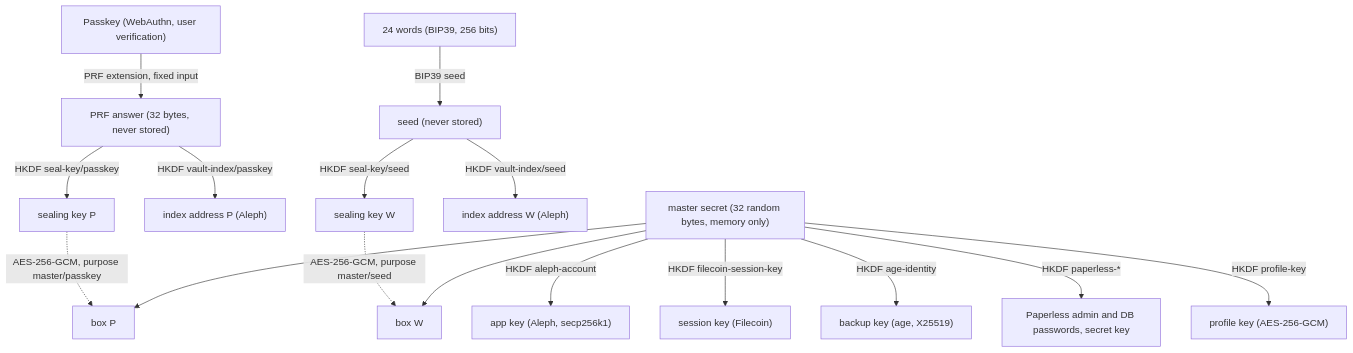
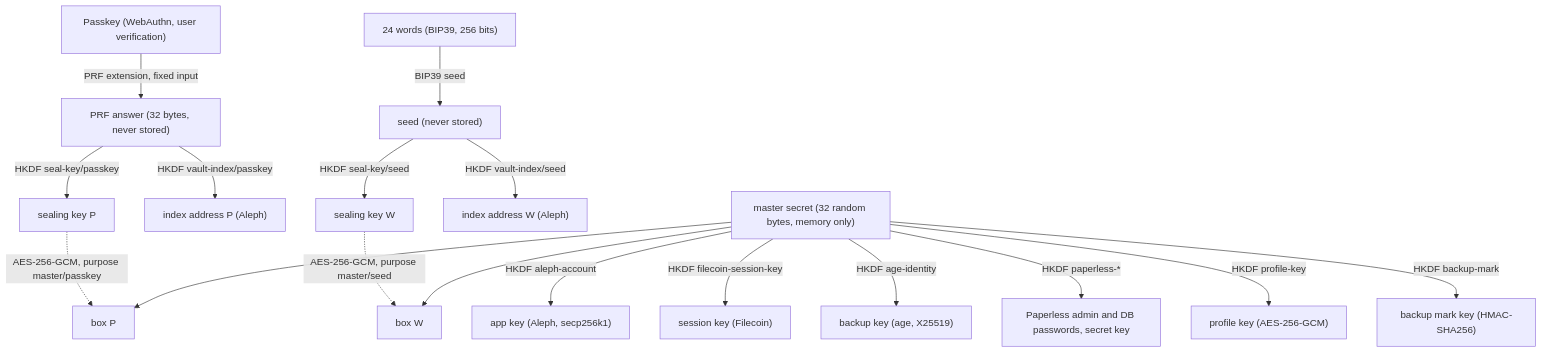
The first of 5 diagrams in docs/keys-and-recovery.md (Le-Space/paperless-anywhere), drawn with Mermaid before and after one commit. The commit also changed other lines of this file and 15 other files, not shown here.

````diff
--- a/docs/keys-and-recovery.md
+++ b/docs/keys-and-recovery.md
@@ -34,19 +34,20 @@
 ```mermaid
 flowchart TB
     PK["Passkey (WebAuthn, user verification)"] -->|"PRF extension, fixed input"| PRF["PRF answer (32 bytes, never stored)"]
     W["24 words (BIP39, 256 bits)"] -->|"BIP39 seed"| WS["seed (never stored)"]
     PRF -->|"HKDF seal-key/passkey"| KP["sealing key P"]
     PRF -->|"HKDF vault-index/passkey"| IP["index address P (Aleph)"]
     WS -->|"HKDF seal-key/seed"| KW["sealing key W"]
     WS -->|"HKDF vault-index/seed"| IW["index address W (Aleph)"]
     M["master secret (32 random bytes, memory only)"]
     KP -. "AES-256-GCM, purpose master/passkey" .-> BP["box P"]
     KW -. "AES-256-GCM, purpose master/seed" .-> BW["box W"]
     M --> BP
     M --> BW
     M -->|"HKDF aleph-account"| A["app key (Aleph, secp256k1)"]
     M -->|"HKDF filecoin-session-key"| F["session key (Filecoin)"]
     M -->|"HKDF age-identity"| G["backup key (age, X25519)"]
     M -->|"HKDF paperless-*"| PW["Paperless admin and DB passwords, secret key"]
     M -->|"HKDF profile-key"| PRK["profile key (AES-256-GCM)"]
+    M -->|"HKDF backup-mark"| BM["backup mark key (HMAC-SHA256)"]
 ```
````
